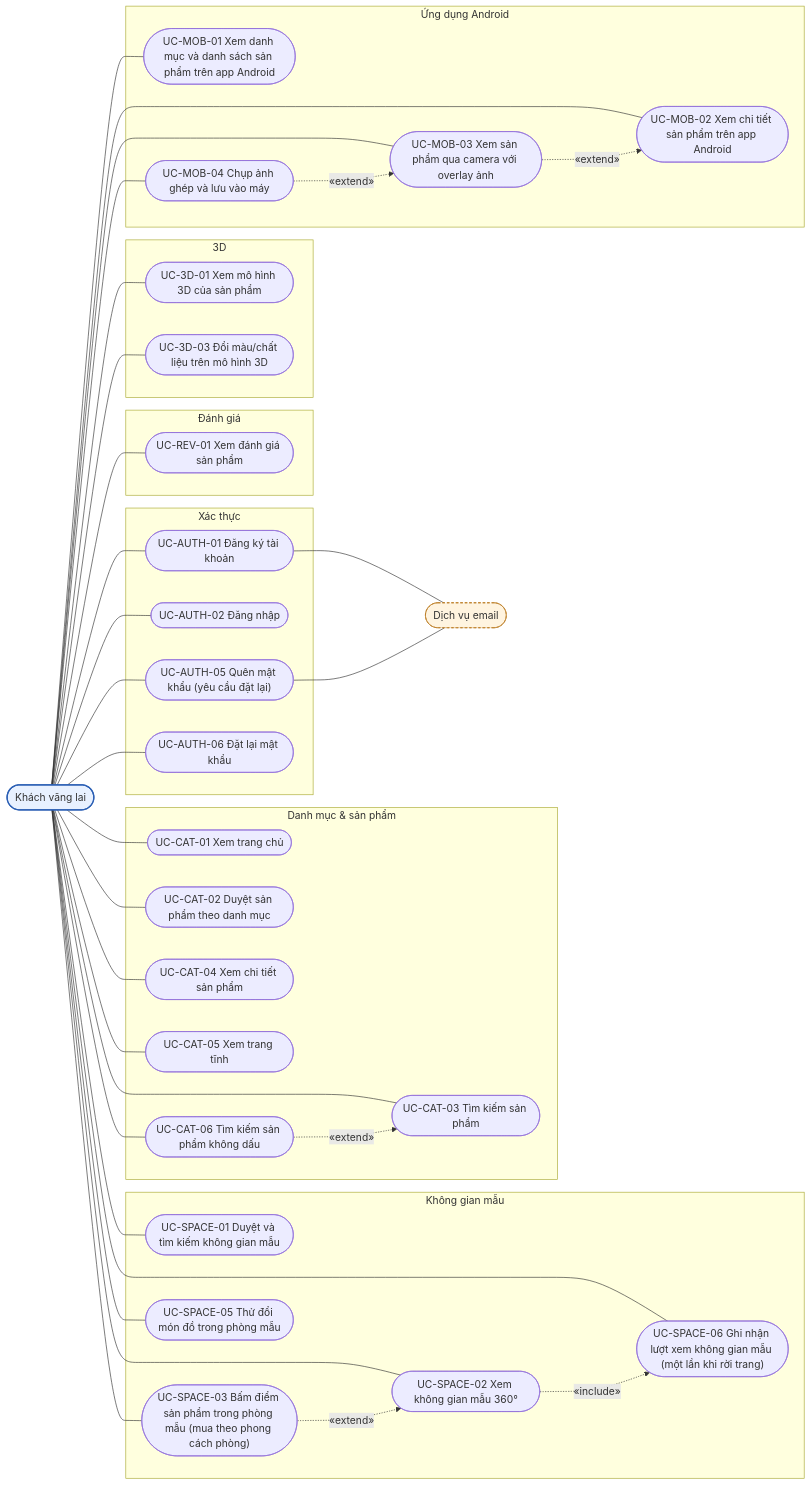
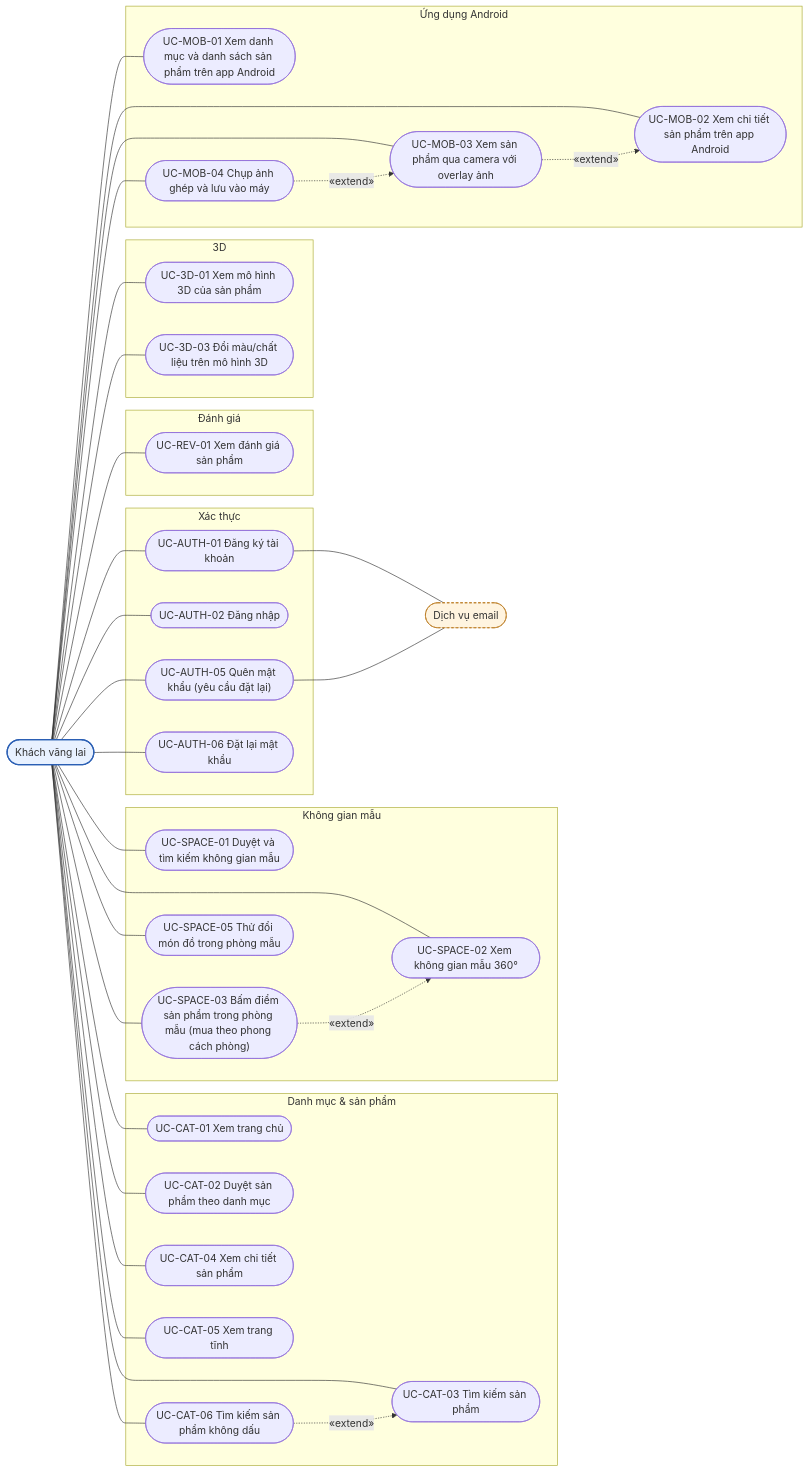
One commit to 2431540234-arch/XDUDTMDT changed the second of 13 diagrams in docs/DAC_TA_CHUC_NANG_THEO_VAI_TRO.md. Above: the diagram before and after it, drawn with Mermaid. The commit also changed other lines of this file and 19 other files, not shown here.

First line of the commit message:
docs: cập nhật tài liệu theo schema 32 bảng

````diff
--- a/docs/DAC_TA_CHUC_NANG_THEO_VAI_TRO.md
+++ b/docs/DAC_TA_CHUC_NANG_THEO_VAI_TRO.md
@@ -367,70 +340,67 @@
 ```mermaid
 flowchart LR
     K(["Khách vãng lai"]):::actor
     EM(["Dịch vụ email"]):::ext
     subgraph SG_AUTH["Xác thực"]
         UC_AUTH_01(["UC-AUTH-01 Đăng ký tài khoản"])
         UC_AUTH_02(["UC-AUTH-02 Đăng nhập"])
         UC_AUTH_05(["UC-AUTH-05 Quên mật khẩu (yêu cầu đặt lại)"])
         UC_AUTH_06(["UC-AUTH-06 Đặt lại mật khẩu"])
     end
     subgraph SG_CAT["Danh mục & sản phẩm"]
         UC_CAT_01(["UC-CAT-01 Xem trang chủ"])
         UC_CAT_02(["UC-CAT-02 Duyệt sản phẩm theo danh mục"])
         UC_CAT_03(["UC-CAT-03 Tìm kiếm sản phẩm"])
         UC_CAT_04(["UC-CAT-04 Xem chi tiết sản phẩm"])
         UC_CAT_05(["UC-CAT-05 Xem trang tĩnh"])
         UC_CAT_06(["UC-CAT-06 Tìm kiếm sản phẩm không dấu"])
     end
     subgraph SG_REV["Đánh giá"]
         UC_REV_01(["UC-REV-01 Xem đánh giá sản phẩm"])
     end
     subgraph SG_D3["3D"]
         UC_3D_01(["UC-3D-01 Xem mô hình 3D của sản phẩm"])
         UC_3D_03(["UC-3D-03 Đổi màu/chất liệu trên mô hình 3D"])
     end
     subgraph SG_SPACE["Không gian mẫu"]
         UC_SPACE_01(["UC-SPACE-01 Duyệt và tìm kiếm không gian mẫu"])
         UC_SPACE_02(["UC-SPACE-02 Xem không gian mẫu 360°"])
         UC_SPACE_03(["UC-SPACE-03 Bấm điểm sản phẩm trong phòng mẫu (mua theo phong cách phòng)"])
         UC_SPACE_05(["UC-SPACE-05 Thử đổi món đồ trong phòng mẫu"])
-        UC_SPACE_06(["UC-SPACE-06 Ghi nhận lượt xem không gian mẫu (một lần khi rời trang)"])
     end
     subgraph SG_MOB["Ứng dụng Android"]
         UC_MOB_01(["UC-MOB-01 Xem danh mục và danh sách sản phẩm trên app Android"])
         UC_MOB_02(["UC-MOB-02 Xem chi tiết sản phẩm trên app Android"])
         UC_MOB_03(["UC-MOB-03 Xem sản phẩm qua camera với overlay ảnh"])
         UC_MOB_04(["UC-MOB-04 Chụp ảnh ghép và lưu vào máy"])
     end
     K --- UC_AUTH_01
     K --- UC_AUTH_02
     K --- UC_AUTH_05
     K --- UC_AUTH_06
     K --- UC_CAT_01
     K --- UC_CAT_02
     K --- UC_CAT_03
     K --- UC_CAT_04
     K --- UC_CAT_05
     K --- UC_CAT_06
     K --- UC_REV_01
     K --- UC_3D_01
     K --- UC_3D_03
     K --- UC_SPACE_01
     K --- UC_SPACE_02
     K --- UC_SPACE_03
     K --- UC_SPACE_05
-    K --- UC_SPACE_06
     K --- UC_MOB_01
     K --- UC_MOB_02
     K --- UC_MOB_03
     K --- UC_MOB_04
     UC_AUTH_01 --- EM
     UC_AUTH_05 --- EM
     UC_CAT_06 -. "«extend»" .-> UC_CAT_03
-    UC_SPACE_02 -. "«include»" .-> UC_SPACE_06
     UC_SPACE_03 -. "«extend»" .-> UC_SPACE_02
     UC_MOB_03 -. "«extend»" .-> UC_MOB_02
     UC_MOB_04 -. "«extend»" .-> UC_MOB_03
     classDef actor fill:#e8f1ff,stroke:#2b5fb4,stroke-width:2px
     classDef ext fill:#fff4e0,stroke:#b8761a,stroke-dasharray: 4 3
 ```
````
